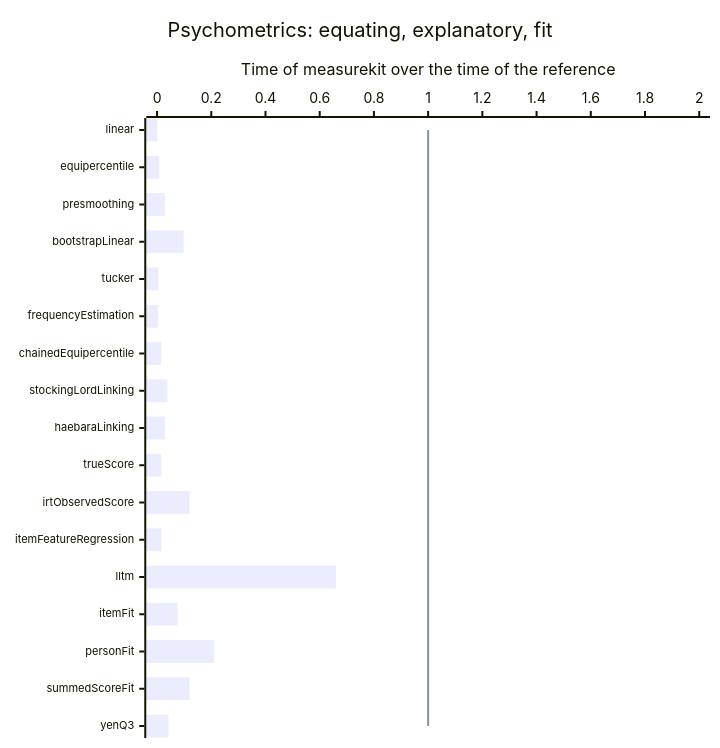
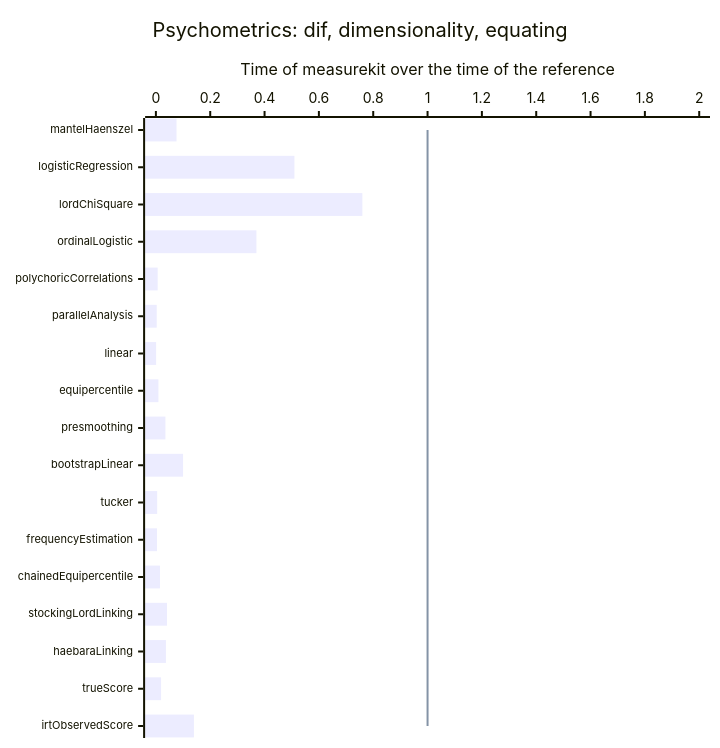
Before and after one commit to measurekit/measurekit: the fourth of 11 diagrams in docs/performance.md, drawn with Mermaid. The commit also changed other lines of this file and 1 other file, not shown here.

First line of the commit message:
Refresh the benchmark tables and charts, and tighten the budgets of the rows that the EM changes sped up

````diff
--- a/docs/performance.md
+++ b/docs/performance.md
@@ -43,9 +43,9 @@
 ```mermaid
 %%{init: {"xyChart": {"height": 728, "xAxis": {"labelFontSize": 11}}}}%%
 xychart-beta horizontal
-  title "Psychometrics: equating, explanatory, fit"
-  x-axis ["linear", "equipercentile", "presmoothing", "bootstrapLinear", "tucker", "frequencyEstimation", "chainedEquipercentile", "stockingLordLinking", "haebaraLinking", "trueScore", "irtObservedScore", "itemFeatureRegression", "lltm", "itemFit", "personFit", "summedScoreFit", "yenQ3"]
+  title "Psychometrics: dif, dimensionality, equating"
+  x-axis ["mantelHaenszel", "logisticRegression", "lordChiSquare", "ordinalLogistic", "polychoricCorrelations", "parallelAnalysis", "linear", "equipercentile", "presmoothing", "bootstrapLinear", "tucker", "frequencyEstimation", "chainedEquipercentile", "stockingLordLinking", "haebaraLinking", "trueScore", "irtObservedScore"]
   y-axis "Time of measurekit over the time of the reference" 0 --> 2
-  bar [0.00081, 0.008, 0.029, 0.098, 0.0045, 0.0039, 0.015, 0.038, 0.029, 0.016, 0.12, 0.016, 0.66, 0.076, 0.21, 0.12, 0.042]
+  bar [0.076, 0.51, 0.76, 0.37, 0.0065, 0.0031, 0.00081, 0.0093, 0.035, 0.1, 0.0047, 0.0041, 0.015, 0.041, 0.037, 0.019, 0.14]
   line [1, 1, 1, 1, 1, 1, 1, 1, 1, 1, 1, 1, 1, 1, 1, 1, 1]
 ```
````
